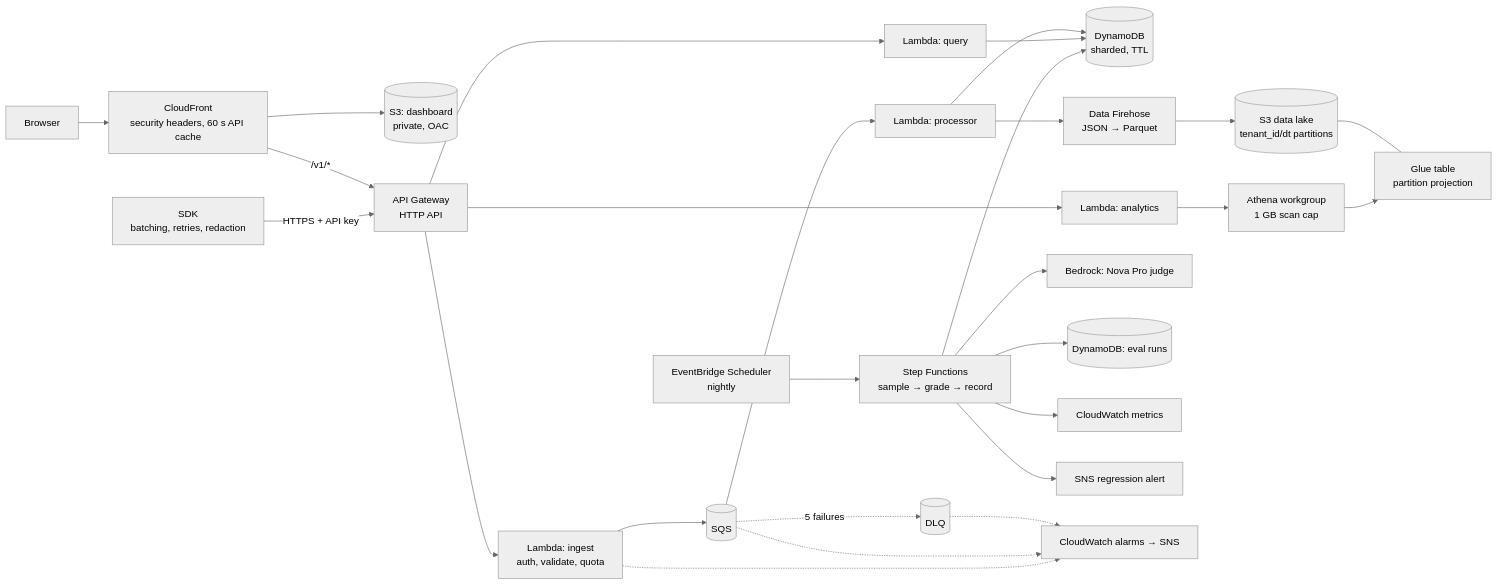
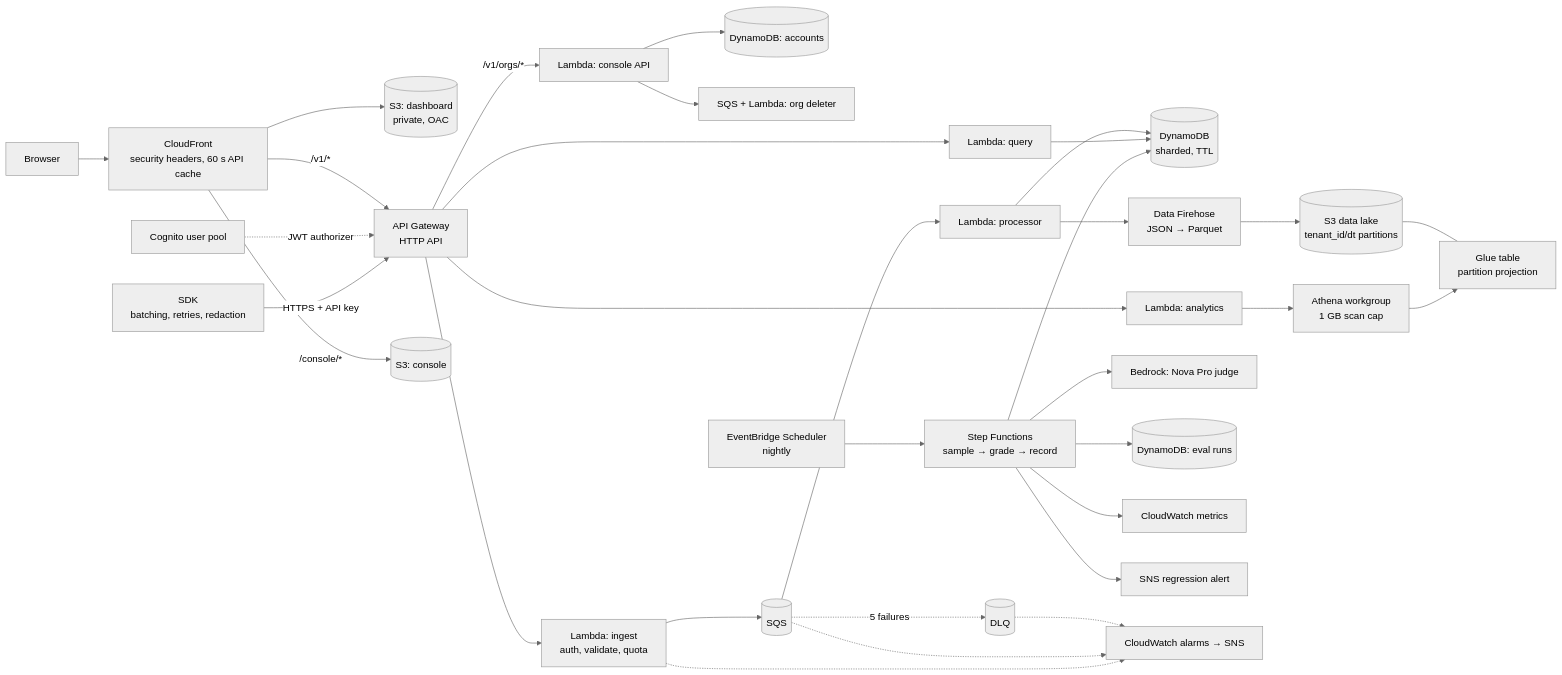
The diagram in README.md (zaiby83/tracewise), drawn with Mermaid (neutral theme) before and after one commit. The commit also changed other lines of this file and 3 other files, not shown here.

````diff
--- a/README.md
+++ b/README.md
@@ -17,23 +18,27 @@
 ```mermaid
 flowchart LR
     U[Browser] --> CF[CloudFront<br/>security headers, 60 s API cache]
     CF --> SITE[(S3: dashboard<br/>private, OAC)]
     CF -->|/v1/*| APIGW
+    CF -->|/console/*| CONSOLE[(S3: console)]
+    COG[Cognito user pool] -.JWT authorizer.-> APIGW
+    APIGW -->|/v1/orgs/*| ORGS[Lambda: console API] --> ACC[(DynamoDB: accounts)]
+    ORGS --> DEL[SQS + Lambda: org deleter]
     SDK[SDK<br/>batching, retries, redaction] -->|HTTPS + API key| APIGW[API Gateway<br/>HTTP API]
     APIGW --> ING[Lambda: ingest<br/>auth, validate, quota]
     ING --> SQS[(SQS)]
     SQS --> PROC[Lambda: processor]
     SQS -.5 failures.-> DLQ[(DLQ)]
     PROC --> DDB[(DynamoDB<br/>sharded, TTL)]
     PROC --> FH[Data Firehose<br/>JSON → Parquet]
     FH --> S3[(S3 data lake<br/>tenant_id/dt partitions)]
     S3 --- GLUE[Glue table<br/>partition projection]
     APIGW --> Q[Lambda: query] --> DDB
     APIGW --> AN[Lambda: analytics] --> ATH[Athena workgroup<br/>1 GB scan cap] --> GLUE
     SCHED[EventBridge Scheduler<br/>nightly] --> SFN[Step Functions<br/>sample → grade → record]
     SFN --> DDB
     SFN --> BR[Bedrock: Nova Pro judge]
     SFN --> EV[(DynamoDB: eval runs)]
     SFN --> CWM[CloudWatch metrics] & SNS[SNS regression alert]
     DLQ & SQS & ING -.-> CW[CloudWatch alarms → SNS]
 ```
````
